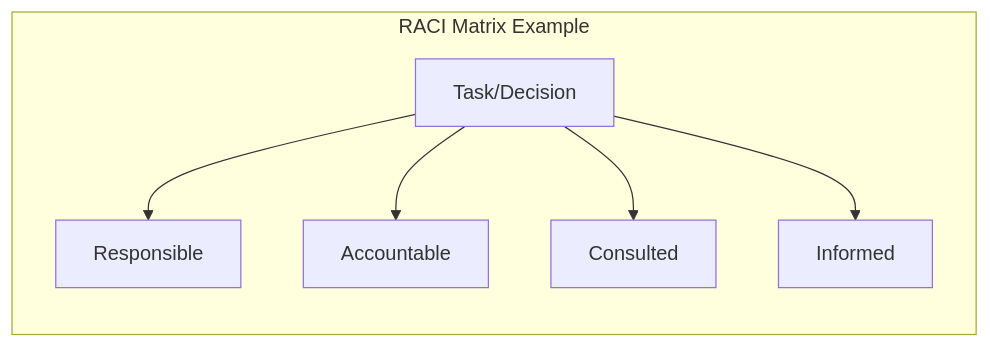
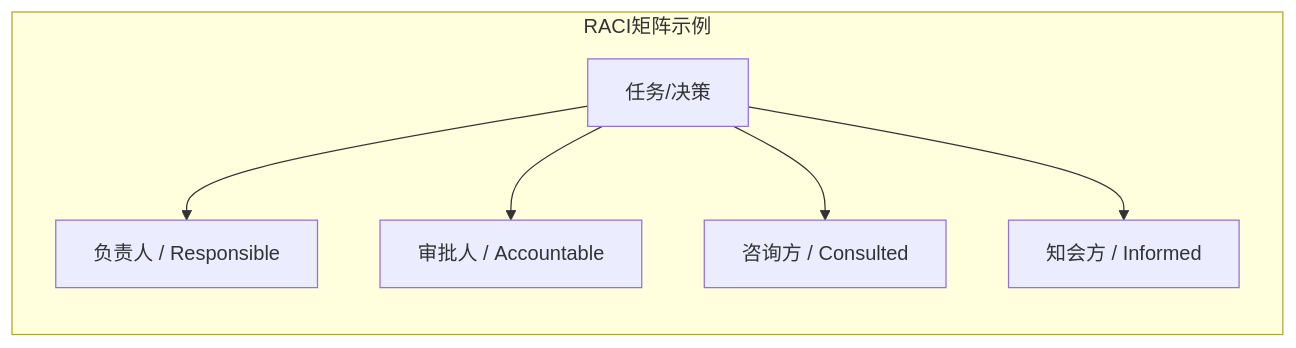
One commit to Kirky-X/cangjie changed the seventh of 9 diagrams in templates/Product/Strategy/Template-BRD.md. Above: the diagram before and after it, drawn with Mermaid. The commit also changed other lines of this file and 33 other files, not shown here.

````diff
--- a/templates/Product/Strategy/Template-BRD.md
+++ b/templates/Product/Strategy/Template-BRD.md
@@ -280,9 +280,9 @@
 ```mermaid
 flowchart LR
-    subgraph RACI Matrix Example
-        T1[Task/Decision] --> R[Responsible]
-        T1 --> A[Accountable]
-        T1 --> C[Consulted]
-        T1 --> I[Informed]
+    subgraph RACI矩阵示例
+        T1[任务/决策] --> R[负责人 / Responsible]
+        T1 --> A[审批人 / Accountable]
+        T1 --> C[咨询方 / Consulted]
+        T1 --> I[知会方 / Informed]
     end
 ```
````
